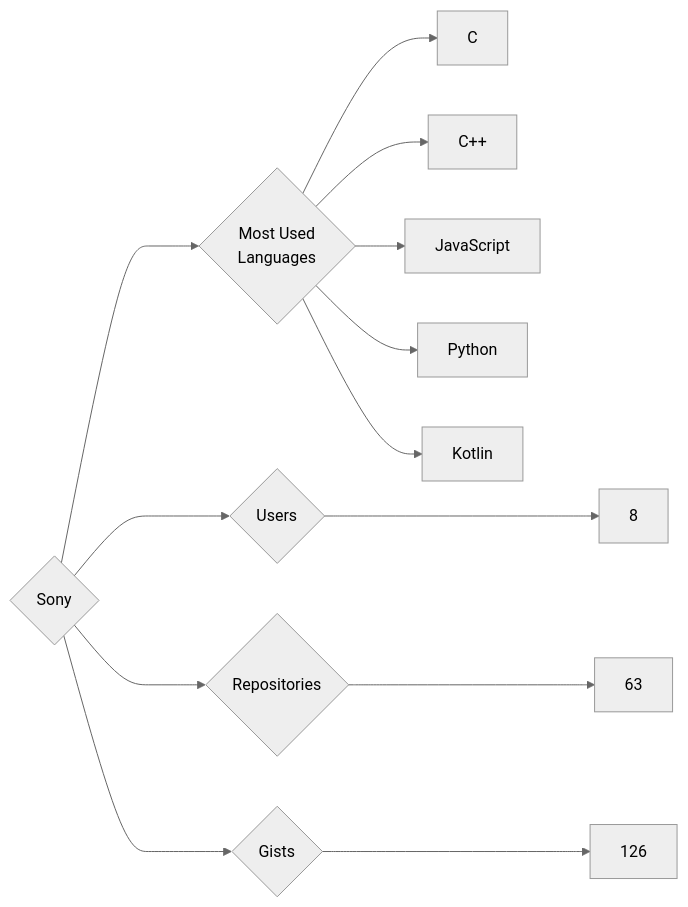
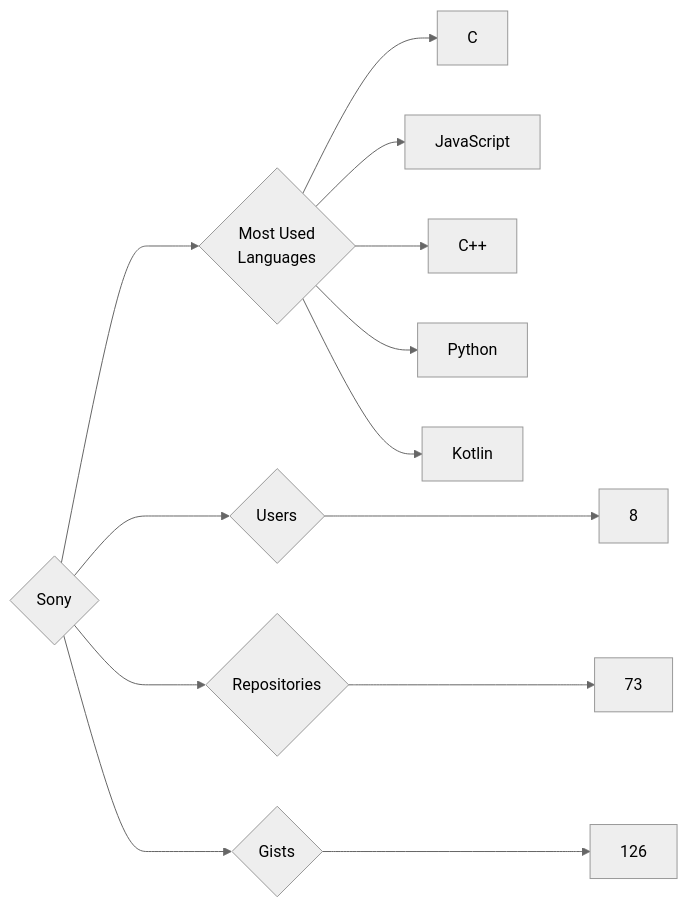
One commit to trickest/insiders changed the diagram in targets/Sony/README.md. Above: the diagram before and after it, drawn with Mermaid (neutral theme). The commit also changed 806 other files, not shown here.

````diff
--- a/targets/Sony/README.md
+++ b/targets/Sony/README.md
@@ -3,13 +3,13 @@
 ```mermaid
 graph LR
 COMPANY_NAME{Sony}
 COMPANY_NAME ---> U{Users} ---> UN[8]
-COMPANY_NAME ---> R{Repositories} ---> RN[63]
+COMPANY_NAME ---> R{Repositories} ---> RN[73]
 COMPANY_NAME ---> G{Gists} ---> GN[126]
 COMPANY_NAME ---> ML{Most Used<br>Languages}
 ML --> C[C]
+ML --> JavaScript[JavaScript]
 ML --> C++[C++]
-ML --> JavaScript[JavaScript]
 ML --> Python[Python]
 ML --> Kotlin[Kotlin]
 ```
````
